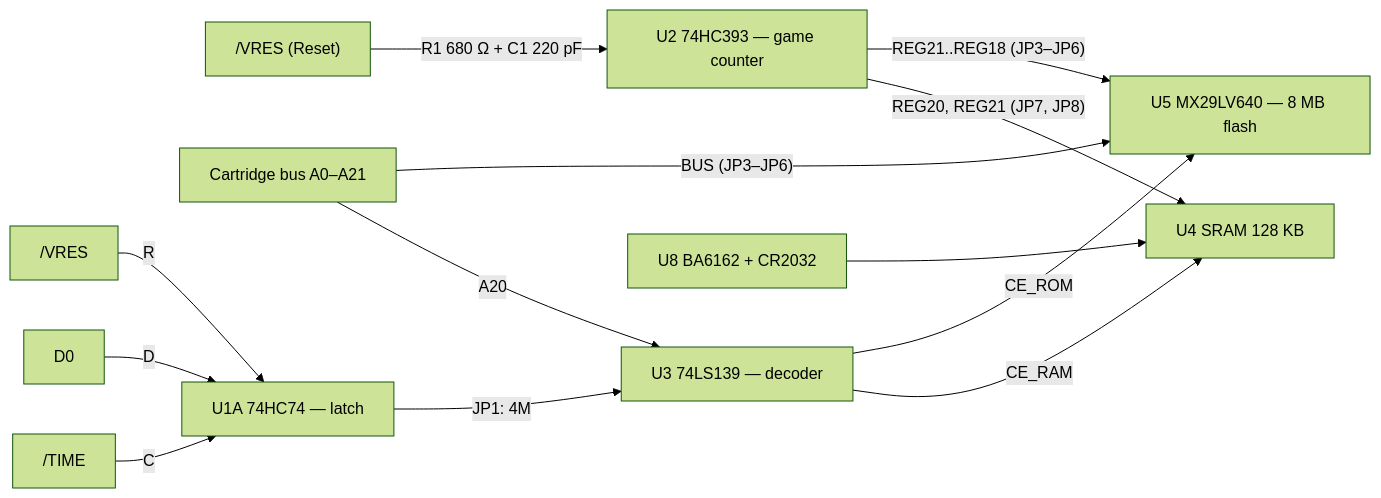
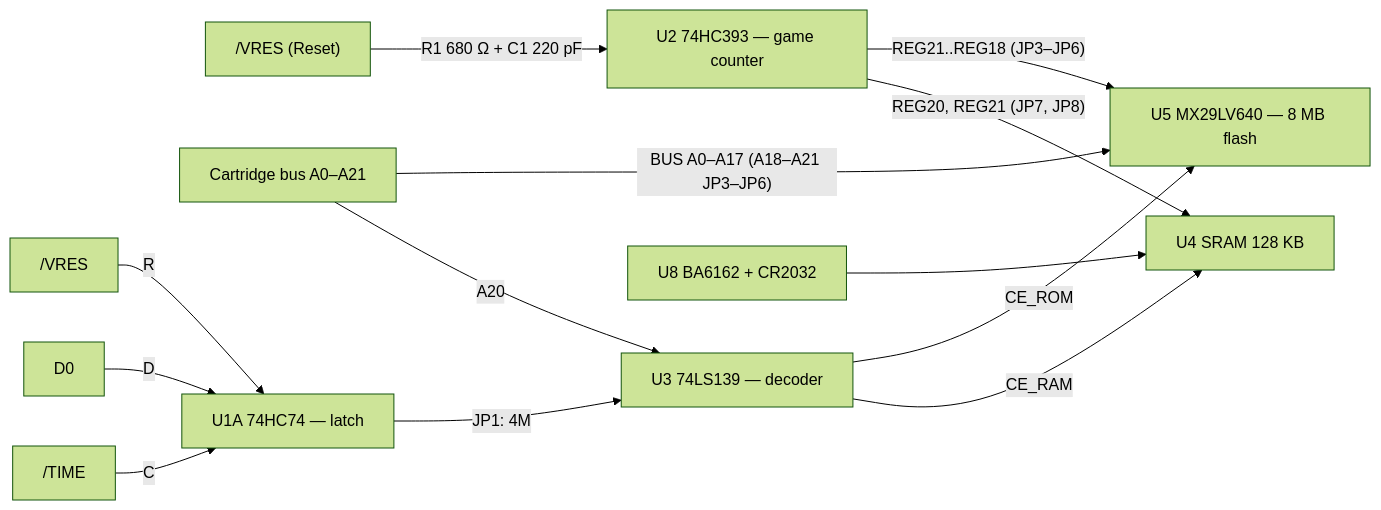
The diagram in README_EN.md (Viva76/Cart_FLASH33), drawn with Mermaid (forest theme) before and after one commit.

Commit message:
Update bus connection description in README_EN.md

````diff
--- a/README_EN.md
+++ b/README_EN.md
@@ -44,15 +44,15 @@
 ```mermaid
 flowchart LR
     RES["/VRES (Reset)"] -->|"R1 680 Ω + C1 220 pF"| CNT["U2 74HC393 — game counter"]
     CNT -->|"REG21..REG18 (JP3–JP6)"| ROM["U5 MX29LV640 — 8 MB flash"]
-    BUS["Cartridge bus A0–A21"] -->|"BUS (JP3–JP6)"| ROM
+    BUS["Cartridge bus A0–A21"] -->|"BUS A0–A17 (A18–A21 JP3–JP6)"| ROM
     VR["/VRES"] -->|R| LAT["U1A 74HC74 — latch"]
     D0["D0"] -->|D| LAT
     TIME["/TIME"] -->|C| LAT
     LAT -->|"JP1: 4M"| DEC
     BUS -->|"A20"| DEC["U3 74LS139 — decoder"]
     DEC -->|CE_ROM| ROM
     DEC -->|CE_RAM| RAM["U4 SRAM 128 KB"]
     CNT -->|"REG20, REG21 (JP7, JP8)"| RAM
     BAT["U8 BA6162 + CR2032"] --> RAM
 ```
````
